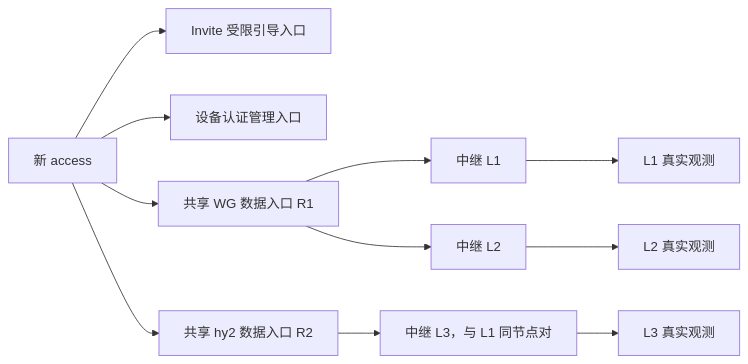
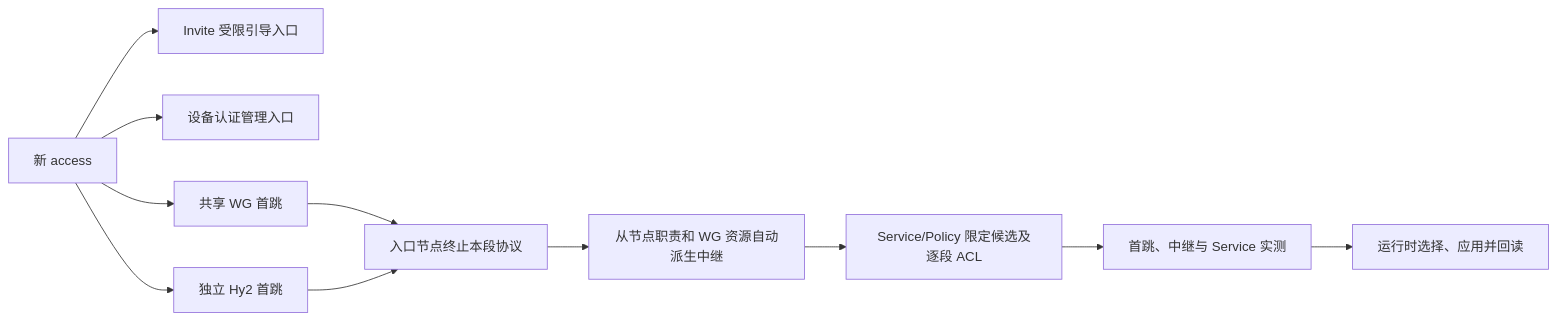
The fifth of 7 diagrams in docs/core/control-model.md (Scisaga/loom), drawn with Mermaid before and after one commit. The commit also changed other lines of this file and 77 other files, not shown here.

````diff
--- a/docs/core/control-model.md
+++ b/docs/core/control-model.md
@@ -538,13 +560,13 @@
 ```mermaid
 flowchart LR
     A["新 access"] --> B["Invite 受限引导入口"]
     A --> C["设备认证管理入口"]
-    A --> R1["共享 WG 数据入口 R1"]
-    A --> R2["共享 hy2 数据入口 R2"]
-    R1 --> L1["中继 L1"]
-    R1 --> L2["中继 L2"]
-    R2 --> L3["中继 L3，与 L1 同节点对"]
-    L1 --> O1["L1 真实观测"]
-    L2 --> O2["L2 真实观测"]
-    L3 --> O3["L3 真实观测"]
+    A --> R1["共享 WG 首跳"]
+    A --> R2["独立 Hy2 首跳"]
+    R1 --> N["入口节点终止本段协议"]
+    R2 --> N
+    N --> L["从节点职责和 WG 资源自动派生中继"]
+    L --> P["Service/Policy 限定候选及逐段 ACL"]
+    P --> O["首跳、中继与 Service 实测"]
+    O --> S["运行时选择、应用并回读"]
 ```
````
